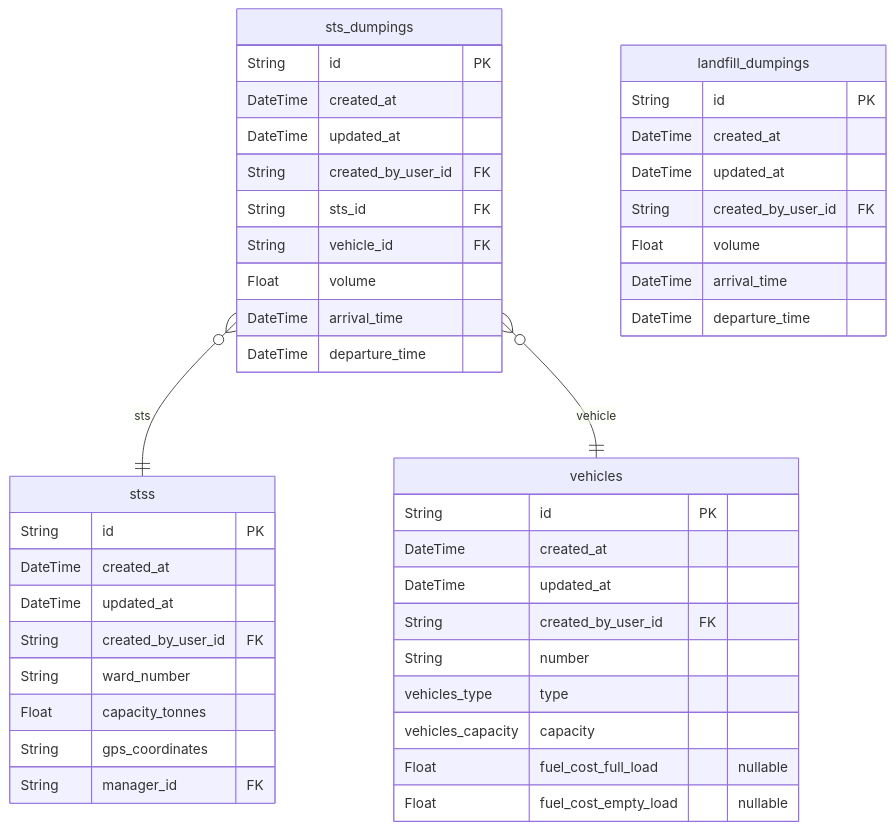
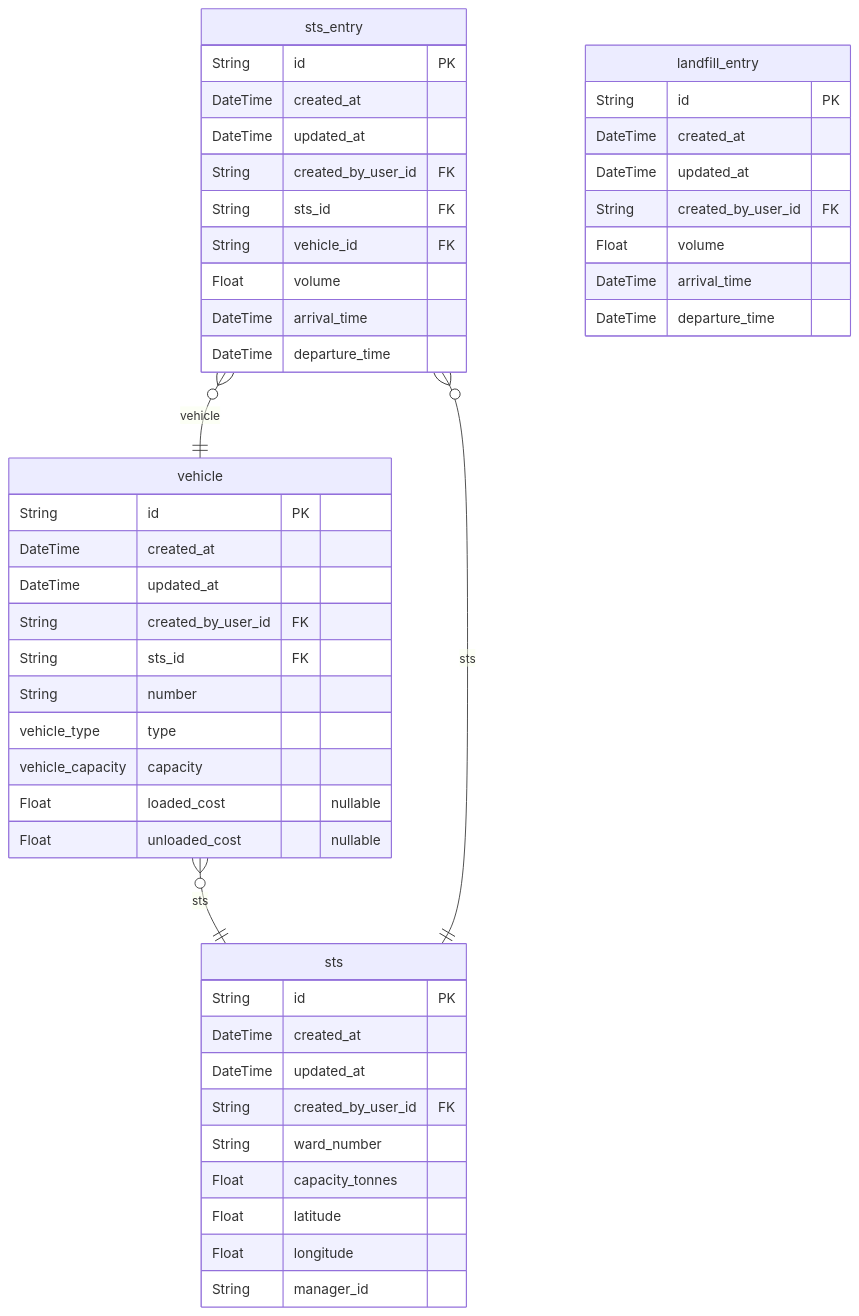
Before and after one commit to nurulhudaapon/codesamurai-final: the second of 2 diagrams in packages/db/README.md, drawn with Mermaid. The commit also changed other lines of this file and 8 other files, not shown here.

````diff
--- a/packages/db/README.md
+++ b/packages/db/README.md
@@ -98,46 +110,49 @@
 ```mermaid
 erDiagram
-"vehicles" {
+"vehicle" {
   String id PK
   DateTime created_at
   DateTime updated_at
   String created_by_user_id FK
+  String sts_id FK
   String number
-  vehicles_type type
-  vehicles_capacity capacity
-  Float fuel_cost_full_load "nullable"
-  Float fuel_cost_empty_load "nullable"
+  vehicle_type type
+  vehicle_capacity capacity
+  Float loaded_cost "nullable"
+  Float unloaded_cost "nullable"
 }
-"stss" {
+"sts" {
   String id PK
   DateTime created_at
   DateTime updated_at
   String created_by_user_id FK
   String ward_number
   Float capacity_tonnes
-  String gps_coordinates
-  String manager_id FK
+  Float latitude
+  Float longitude
+  String manager_id
 }
-"sts_dumpings" {
+"sts_entry" {
   String id PK
   DateTime created_at
   DateTime updated_at
   String created_by_user_id FK
   String sts_id FK
   String vehicle_id FK
   Float volume
   DateTime arrival_time
   DateTime departure_time
 }
-"landfill_dumpings" {
+"landfill_entry" {
   String id PK
   DateTime created_at
   DateTime updated_at
   String created_by_user_id FK
   Float volume
   DateTime arrival_time
   DateTime departure_time
 }
-"sts_dumpings" }o--|| "stss" : sts
-"sts_dumpings" }o--|| "vehicles" : vehicle
+"vehicle" }o--|| "sts" : sts
+"sts_entry" }o--|| "sts" : sts
+"sts_entry" }o--|| "vehicle" : vehicle
 ```
````
